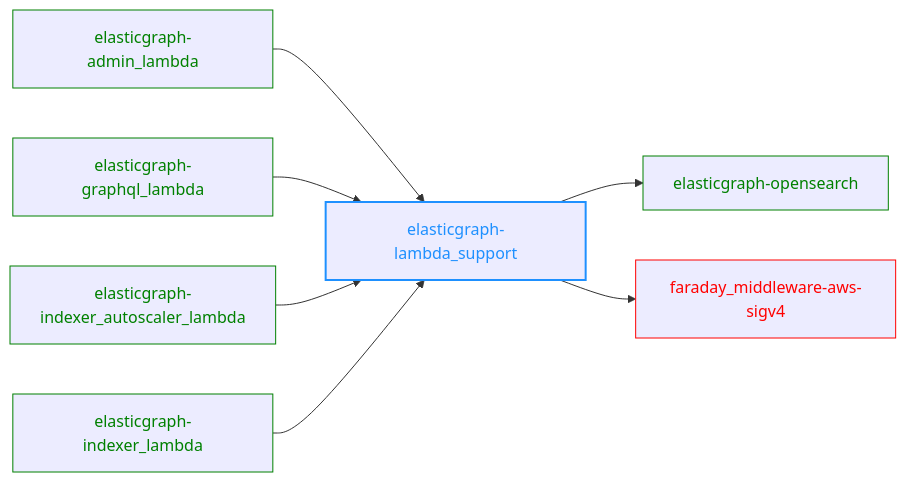
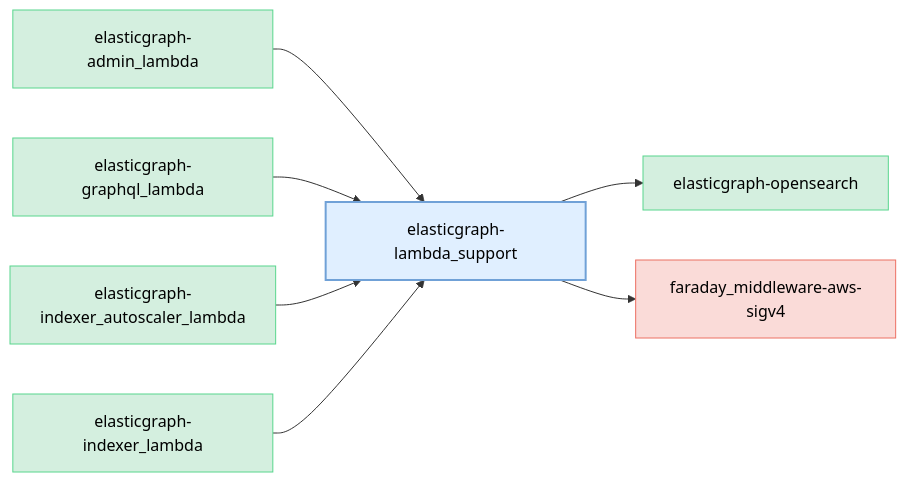
One commit to block/elasticgraph changed the diagram in elasticgraph-lambda_support/README.md. Above: the diagram before and after it, drawn with Mermaid. The commit also changed 23 other files, not shown here.

````diff
--- a/elasticgraph-lambda_support/README.md
+++ b/elasticgraph-lambda_support/README.md
@@ -10,24 +10,27 @@
 ```mermaid
 graph LR;
+    classDef currentGemStyle fill:#E0EFFF,stroke:#70A1D7,color:#000,stroke-width:2px;
+    classDef internalEgGemStyle fill:#D4EFDF,stroke:#58D68D,color:#000;
+    classDef externalGemStyle fill:#FADBD8,stroke:#EC7063,color:#000;
     elasticgraph-lambda_support["elasticgraph-lambda_support"];
+    class elasticgraph-lambda_support currentGemStyle;
     elasticgraph-opensearch["elasticgraph-opensearch"];
     elasticgraph-lambda_support --> elasticgraph-opensearch;
+    class elasticgraph-opensearch internalEgGemStyle;
     faraday_middleware-aws-sigv4["faraday_middleware-aws-sigv4"];
     elasticgraph-lambda_support --> faraday_middleware-aws-sigv4;
+    class faraday_middleware-aws-sigv4 externalGemStyle;
     elasticgraph-admin_lambda["elasticgraph-admin_lambda"];
     elasticgraph-admin_lambda --> elasticgraph-lambda_support;
+    class elasticgraph-admin_lambda internalEgGemStyle;
     elasticgraph-graphql_lambda["elasticgraph-graphql_lambda"];
     elasticgraph-graphql_lambda --> elasticgraph-lambda_support;
+    class elasticgraph-graphql_lambda internalEgGemStyle;
     elasticgraph-indexer_autoscaler_lambda["elasticgraph-indexer_autoscaler_lambda"];
     elasticgraph-indexer_autoscaler_lambda --> elasticgraph-lambda_support;
+    class elasticgraph-indexer_autoscaler_lambda internalEgGemStyle;
     elasticgraph-indexer_lambda["elasticgraph-indexer_lambda"];
     elasticgraph-indexer_lambda --> elasticgraph-lambda_support;
-    style elasticgraph-lambda_support color:DodgerBlue,stroke-width:2px,stroke:DodgerBlue;
-    style elasticgraph-opensearch color:Green,stroke:Green;
-    style faraday_middleware-aws-sigv4 color:Red,stroke:Red;
-    style elasticgraph-admin_lambda color:Green,stroke:Green;
-    style elasticgraph-graphql_lambda color:Green,stroke:Green;
-    style elasticgraph-indexer_autoscaler_lambda color:Green,stroke:Green;
-    style elasticgraph-indexer_lambda color:Green,stroke:Green;
+    class elasticgraph-indexer_lambda internalEgGemStyle;
     click faraday_middleware-aws-sigv4 href "https://rubygems.org/gems/faraday_middleware-aws-sigv4" "Open on RubyGems.org" _blank;
 ```
````
